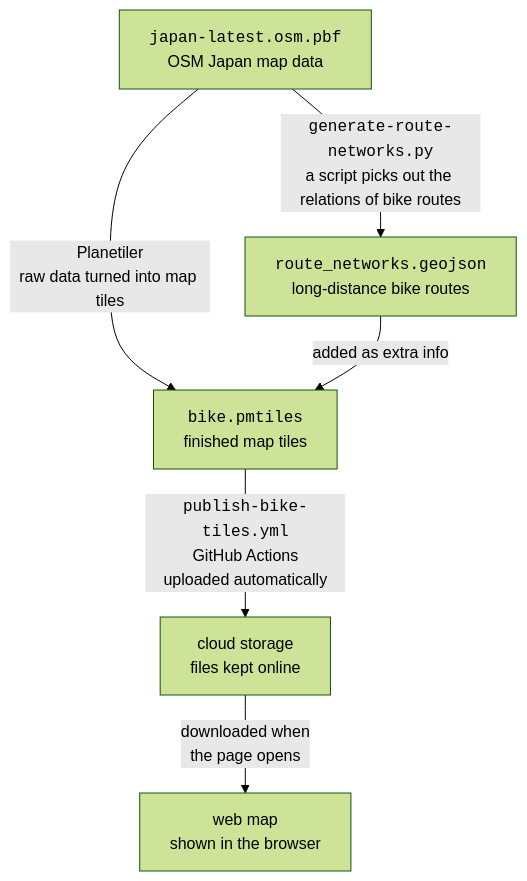
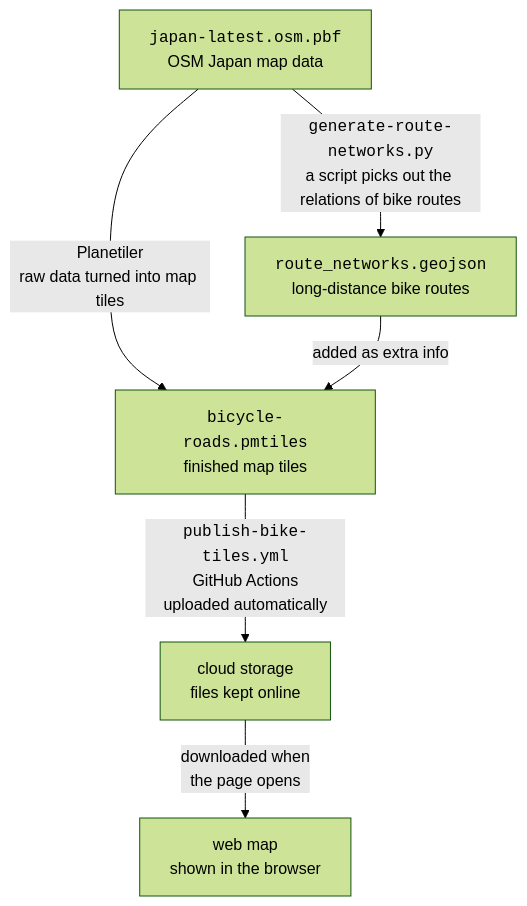
The diagram in README.md (shuuji3/japan-safe-cycling-map), drawn with Mermaid (forest theme) before and after one commit. The commit also changed other lines of this file and 6 other files, not shown here.

Commit message:
refactor: rename `bike.pmtiles` to `bicycle-roads.pmtiles`

````diff
--- a/README.md
+++ b/README.md
@@ -35,14 +35,14 @@
 ```mermaid
 flowchart TB
     A[<code>japan-latest.osm.pbf</code><br/>OSM Japan map data]
     B[<code>route_networks.geojson</code><br/>long-distance bike routes]
-    C[<code>bike.pmtiles</code><br/>finished map tiles]
+    C[<code>bicycle-roads.pmtiles</code><br/>finished map tiles]
     D[cloud storage<br/>files kept online]
     E[web map<br/>shown in the browser]
 
     A -->|<code>generate-route-networks.py</code><br/>a script picks out the relations of bike routes| B
     A -->|Planetiler<br/>raw data turned into map tiles| C
     B -->|added as extra info| C
     C -->|<code>publish-bike-tiles.yml</code><br/>GitHub Actions<br/>uploaded automatically| D
     D -->|downloaded when<br/>the page opens| E
 ```
````
